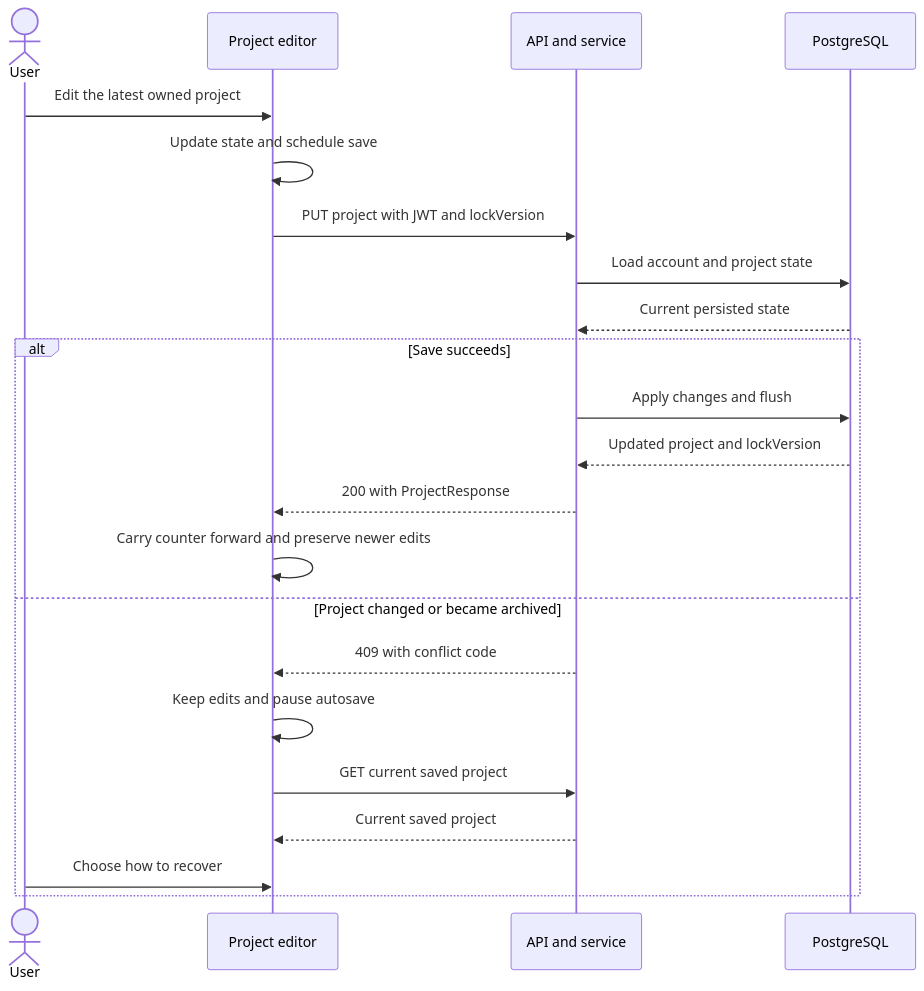
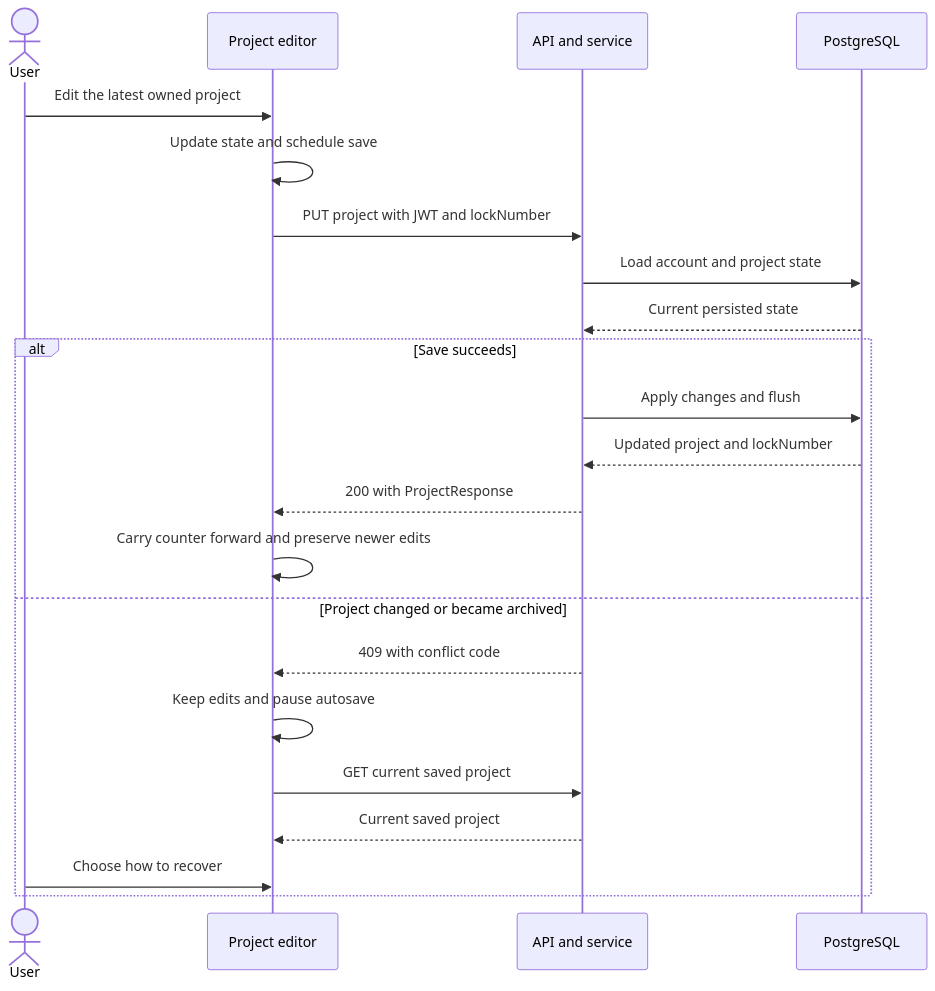
One commit to fisma-benefit-app/benefit-app changed the second of 2 diagrams in documents/references/architecture.md. Above: the diagram before and after it, drawn with Mermaid. The commit also changed other lines of this file and 21 other files, not shown here.

Commit message:
chore: rename lock version to lock number in database, backend and frontend

````diff
--- a/documents/references/architecture.md
+++ b/documents/references/architecture.md
@@ -59,26 +59,26 @@
 ```mermaid
 sequenceDiagram
     actor User
     participant Editor as Project editor
     participant API as API and service
     participant DB as PostgreSQL
 
     User->>Editor: Edit the latest owned project
     Editor->>Editor: Update state and schedule save
-    Editor->>API: PUT project with JWT and lockVersion
+    Editor->>API: PUT project with JWT and lockNumber
     API->>DB: Load account and project state
     DB-->>API: Current persisted state
 
     alt Save succeeds
         API->>DB: Apply changes and flush
-        DB-->>API: Updated project and lockVersion
+        DB-->>API: Updated project and lockNumber
         API-->>Editor: 200 with ProjectResponse
         Editor->>Editor: Carry counter forward and preserve newer edits
     else Project changed or became archived
         API-->>Editor: 409 with conflict code
         Editor->>Editor: Keep edits and pause autosave
         Editor->>API: GET current saved project
         API-->>Editor: Current saved project
         User->>Editor: Choose how to recover
     end
 ```
````
